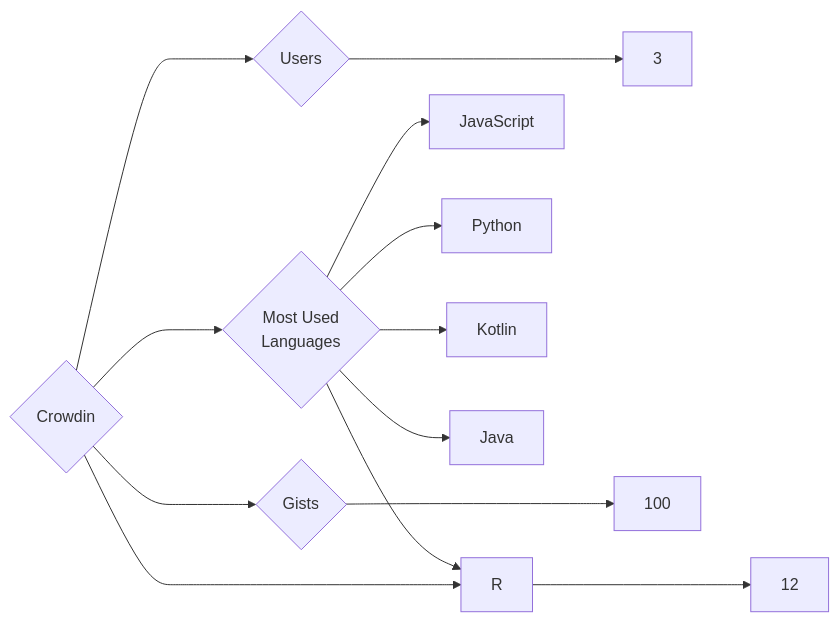
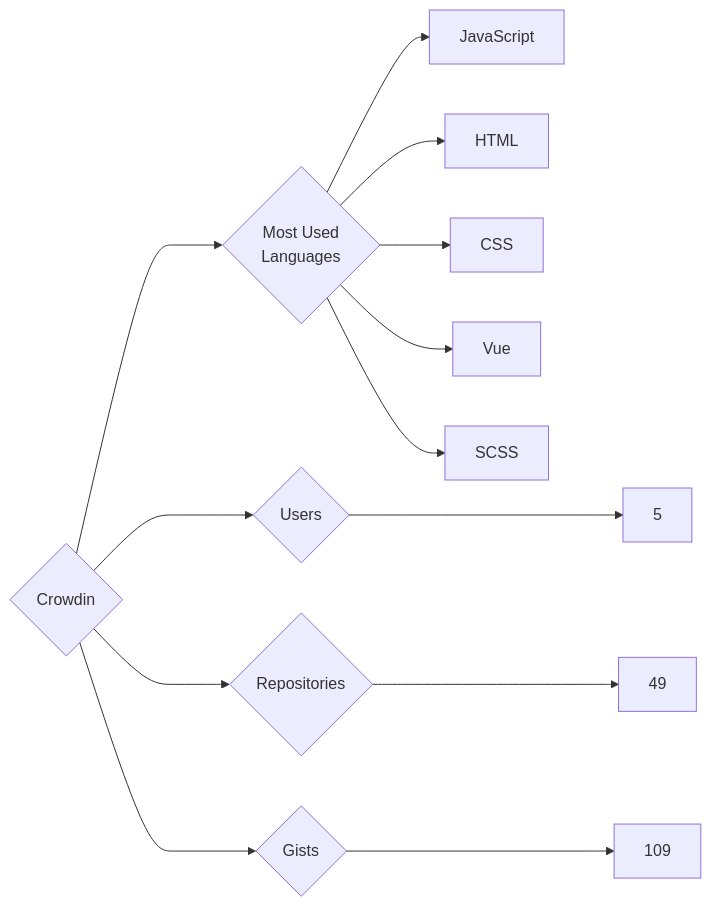
One commit to trickest/insiders changed the diagram in targets/Crowdin/README.md. Above: the diagram before and after it, drawn with Mermaid. The commit also changed 1007 other files, not shown here.

````diff
--- a/targets/Crowdin/README.md
+++ b/targets/Crowdin/README.md
@@ -3,13 +3,13 @@
 ```mermaid
 graph LR
 COMPANY_NAME{Crowdin}
-COMPANY_NAME ---> U{Users} ---> UN[3]
-COMPANY_NAME ---> R{Repositories} ---> RN[12]
-COMPANY_NAME ---> G{Gists} ---> GN[100]
+COMPANY_NAME ---> U{Users} ---> UN[5]
+COMPANY_NAME ---> R{Repositories} ---> RN[49]
+COMPANY_NAME ---> G{Gists} ---> GN[109]
 COMPANY_NAME ---> ML{Most Used<br>Languages}
 ML --> JavaScript[JavaScript]
-ML --> R[R]
-ML --> Python[Python]
-ML --> Kotlin[Kotlin]
-ML --> Java[Java]
+ML --> HTML[HTML]
+ML --> CSS[CSS]
+ML --> Vue[Vue]
+ML --> SCSS[SCSS]
 ```
````
